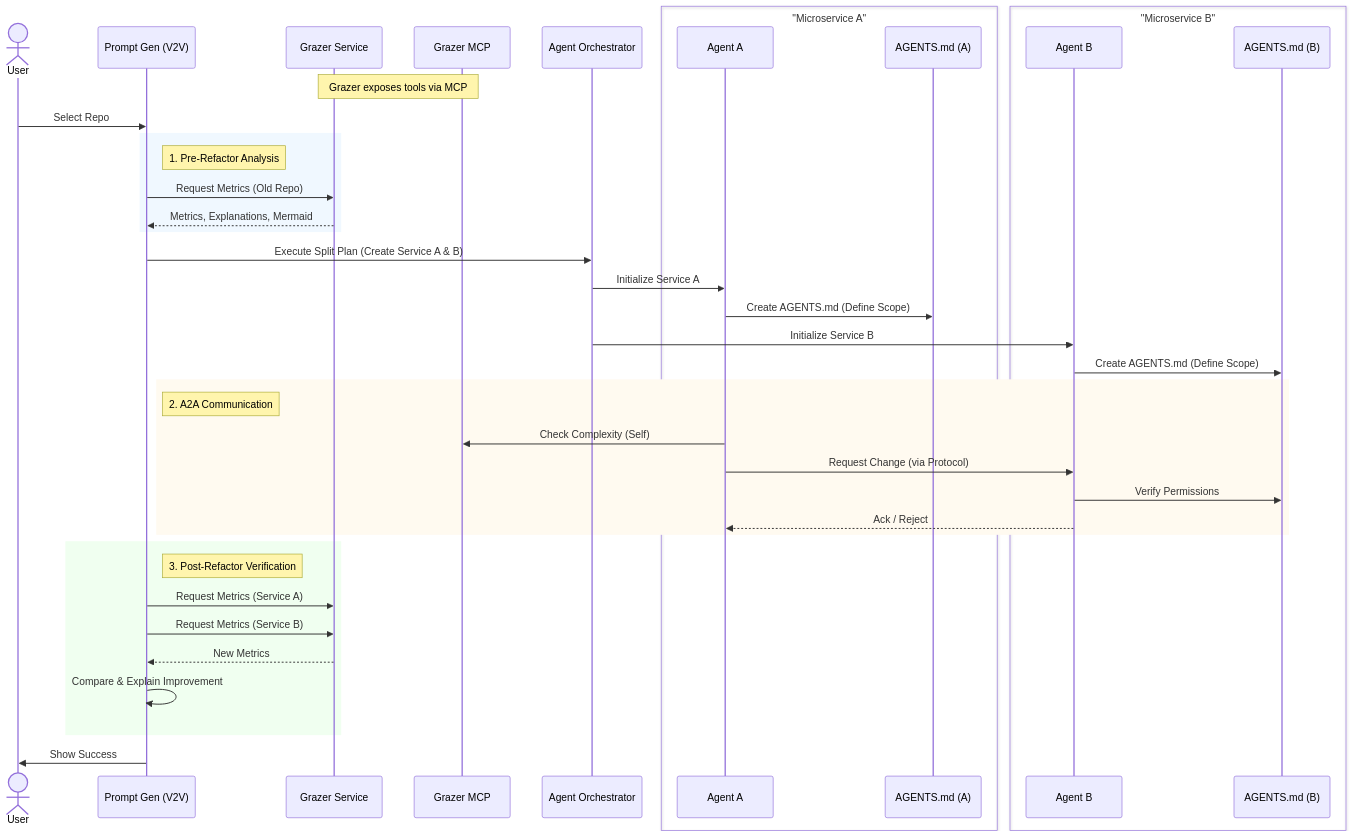
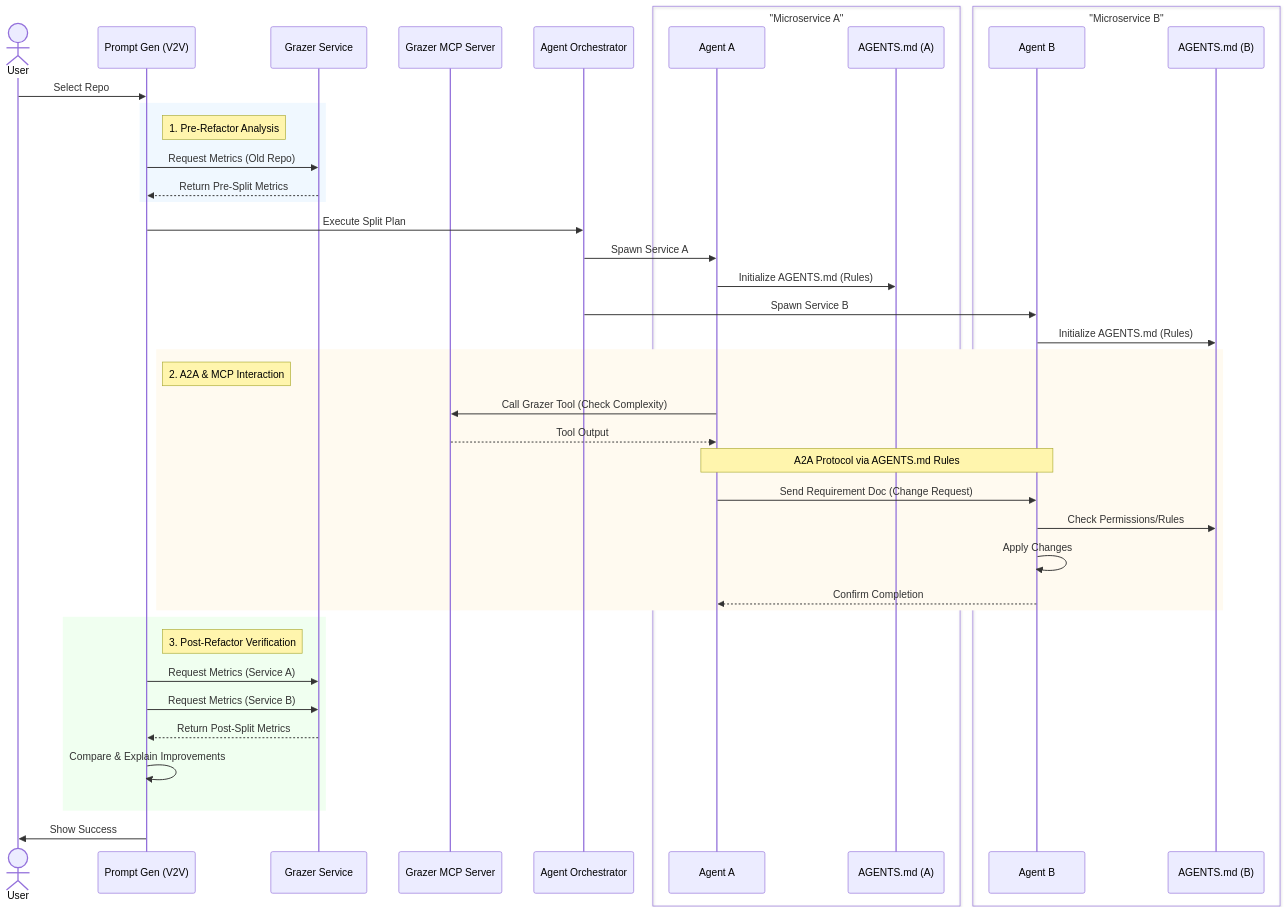
The diagram in diagrams/workflow.mmd (kirilligum/vibe2vibe-hackathon-251206), drawn with Mermaid before and after one commit. The commit also changed 3 other files, not shown here.

Commit message:
docs: Update architecture and workflow diagrams

```diff
--- a/diagrams/workflow.mmd
+++ b/diagrams/workflow.mmd
@@ -1,50 +1,52 @@
 sequenceDiagram
     actor User
     participant PG as Prompt Gen (V2V)
     participant Grazer as Grazer Service
-    participant GrazerMCP as Grazer MCP
+    participant MCP as Grazer MCP Server
     participant AgentOrch as Agent Orchestrator
     
     box "Microservice A" #eef
         participant AgentA as Agent A
         participant ConfigA as AGENTS.md (A)
     end
     
     box "Microservice B" #fee
         participant AgentB as Agent B
         participant ConfigB as AGENTS.md (B)
     end
 
-    note over Grazer, GrazerMCP: Grazer exposes tools via MCP
-
     User->>PG: Select Repo
     
     rect rgb(240, 248, 255)
         note right of PG: 1. Pre-Refactor Analysis
         PG->>Grazer: Request Metrics (Old Repo)
-        Grazer-->>PG: Metrics, Explanations, Mermaid
+        Grazer-->>PG: Return Pre-Split Metrics
     end
 
-    PG->>AgentOrch: Execute Split Plan (Create Service A & B)
-    AgentOrch->>AgentA: Initialize Service A
-    AgentA->>ConfigA: Create AGENTS.md (Define Scope)
-    AgentOrch->>AgentB: Initialize Service B
-    AgentB->>ConfigB: Create AGENTS.md (Define Scope)
+    PG->>AgentOrch: Execute Split Plan
+    AgentOrch->>AgentA: Spawn Service A
+    AgentA->>ConfigA: Initialize AGENTS.md (Rules)
+    AgentOrch->>AgentB: Spawn Service B
+    AgentB->>ConfigB: Initialize AGENTS.md (Rules)
 
     rect rgb(255, 250, 240)
-        note right of PG: 2. A2A Communication
-        AgentA->>GrazerMCP: Check Complexity (Self)
-        AgentA->>AgentB: Request Change (via Protocol)
-        AgentB->>ConfigB: Verify Permissions
-        AgentB-->>AgentA: Ack / Reject
+        note right of PG: 2. A2A & MCP Interaction
+        AgentA->>MCP: Call Grazer Tool (Check Complexity)
+        MCP-->>AgentA: Tool Output
+        
+        note over AgentA, AgentB: A2A Protocol via AGENTS.md Rules
+        AgentA->>AgentB: Send Requirement Doc (Change Request)
+        AgentB->>ConfigB: Check Permissions/Rules
+        AgentB->>AgentB: Apply Changes
+        AgentB-->>AgentA: Confirm Completion
     end
 
     rect rgb(240, 255, 240)
         note right of PG: 3. Post-Refactor Verification
         PG->>Grazer: Request Metrics (Service A)
         PG->>Grazer: Request Metrics (Service B)
-        Grazer-->>PG: New Metrics
-        PG->>PG: Compare & Explain Improvement
+        Grazer-->>PG: Return Post-Split Metrics
+        PG->>PG: Compare & Explain Improvements
     end
     
     PG->>User: Show Success
```
